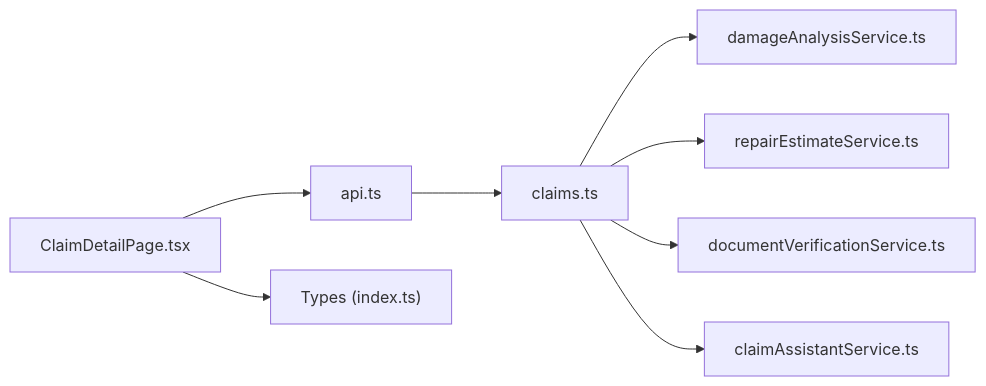
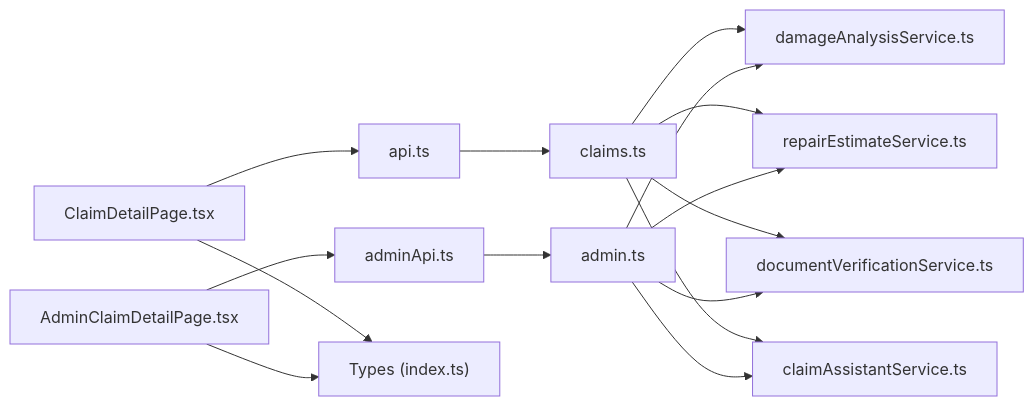
One commit to NaveenHiranya/Smart-Vehicle-Insurance-Claim-System changed the third of 3 diagrams in .qoder/repowiki/en/content/Frontend Documentation/Pages and Views/User Pages/Claim Detail Page.md. Above: the diagram before and after it, drawn with Mermaid. The commit also changed other lines of this file and 9 other files, not shown here.

````diff
--- a/.qoder/repowiki/en/content/Frontend Documentation/Pages and Views/User Pages/Claim Detail Page.md
+++ b/.qoder/repowiki/en/content/Frontend Documentation/Pages and Views/User Pages/Claim Detail Page.md
@@ -273,10 +318,17 @@
 ```mermaid
 graph LR
 CDP["ClaimDetailPage.tsx"] --> API["api.ts"]
+ACDP["AdminClaimDetailPage.tsx"] --> AAPI["adminApi.ts"]
 API --> ROUTES["claims.ts"]
+AAPI --> AROUTES["admin.ts"]
 ROUTES --> DAST["damageAnalysisService.ts"]
 ROUTES --> RES["repairEstimateService.ts"]
 ROUTES --> DVS["documentVerificationService.ts"]
 ROUTES --> CAS["claimAssistantService.ts"]
+AROUTES --> DAST
+AROUTES --> RES
+AROUTES --> DVS
+AROUTES --> CAS
 CDP --> TYPES["Types (index.ts)"]
+ACDP --> TYPES
 ```
````
